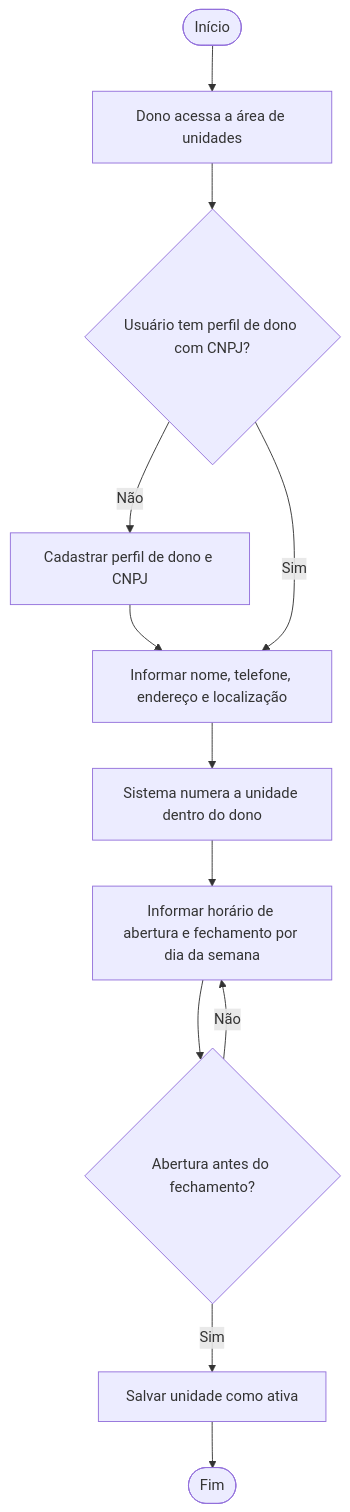
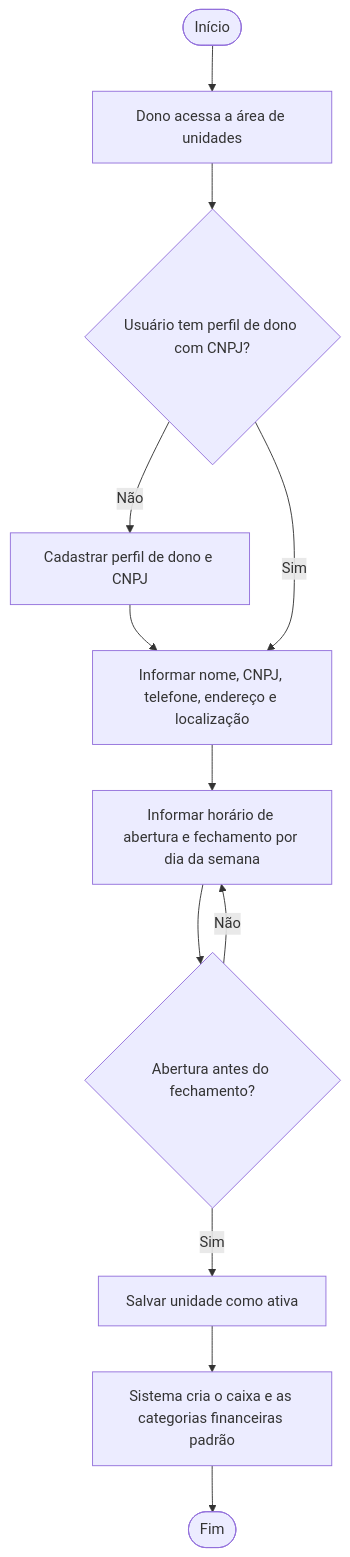
One commit to H3n2ry/code-e-corte-modelagem changed the first of 8 diagrams in README.md. Above: the diagram before and after it, drawn with Mermaid. The commit also changed other lines of this file and 1 other file, not shown here.

````diff
--- a/README.md
+++ b/README.md
@@ -235,14 +304,14 @@
 ```mermaid
 flowchart TD
     A([Início]) --> B[Dono acessa a área de unidades]
-    B --> C{Usuário tem perfil de dono com CNPJ?}
+    B --> C{"Usuário tem perfil de dono com CNPJ?"}
     C -- Não --> D[Cadastrar perfil de dono e CNPJ]
     D --> E
-    C -- Sim --> E[Informar nome, telefone, endereço e localização]
-    E --> F[Sistema numera a unidade dentro do dono]
-    F --> G[Informar horário de abertura e fechamento por dia da semana]
-    G --> H{Abertura antes do fechamento?}
+    C -- Sim --> E["Informar nome, CNPJ, telefone, endereço e localização"]
+    E --> G["Informar horário de abertura e fechamento por dia da semana"]
+    G --> H{"Abertura antes do fechamento?"}
     H -- Não --> G
     H -- Sim --> I[Salvar unidade como ativa]
-    I --> J([Fim])
+    I --> J["Sistema cria o caixa e as categorias financeiras padrão"]
+    J --> K([Fim])
 ```
````
